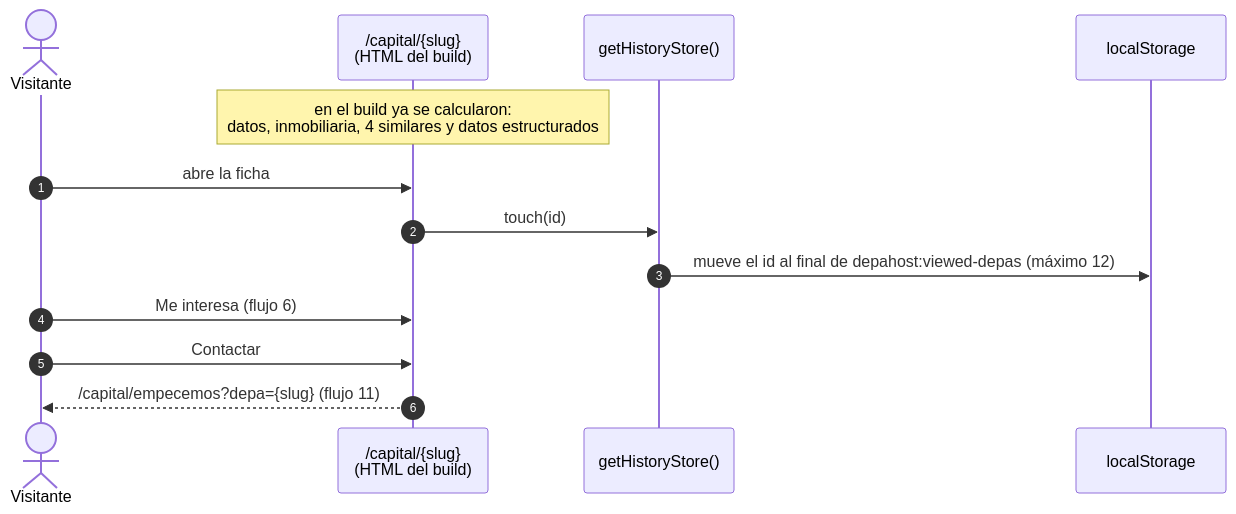
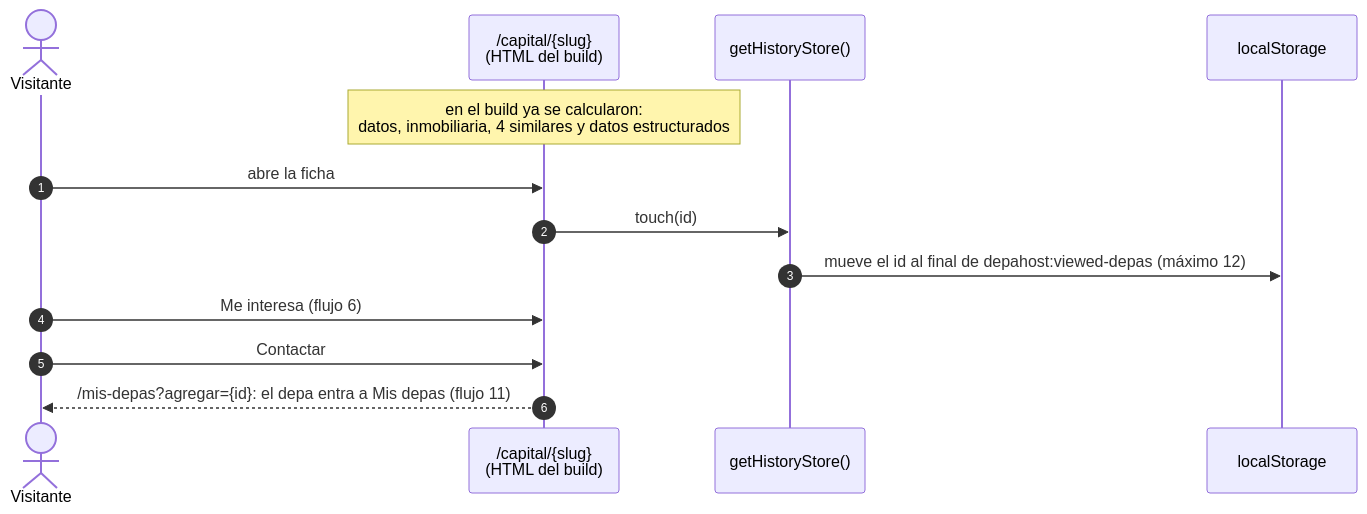
One commit to samirharrytl/DHC_landing changed the ninth of 18 diagrams in docs/plataforma/05-flujos.md. Above: the diagram before and after it, drawn with Mermaid. The commit also changed other lines of this file and 86 other files, not shown here.

````diff
--- a/docs/plataforma/05-flujos.md
+++ b/docs/plataforma/05-flujos.md
@@ -326,16 +324,16 @@
 ```mermaid
 sequenceDiagram
     autonumber
     actor V as Visitante
     participant PG as /capital/{slug}<br/>(HTML del build)
     participant HS as getHistoryStore()
     participant LS as localStorage
 
     Note over PG: en el build ya se calcularon:<br/>datos, inmobiliaria, 4 similares y datos estructurados
     V->>PG: abre la ficha
     PG->>HS: touch(id)
     HS->>LS: mueve el id al final de depahost:viewed-depas (máximo 12)
     V->>PG: Me interesa (flujo 6)
     V->>PG: Contactar
-    PG-->>V: /capital/empecemos?depa={slug} (flujo 11)
+    PG-->>V: /mis-depas?agregar={id}: el depa entra a Mis depas (flujo 11)
 ```
````
